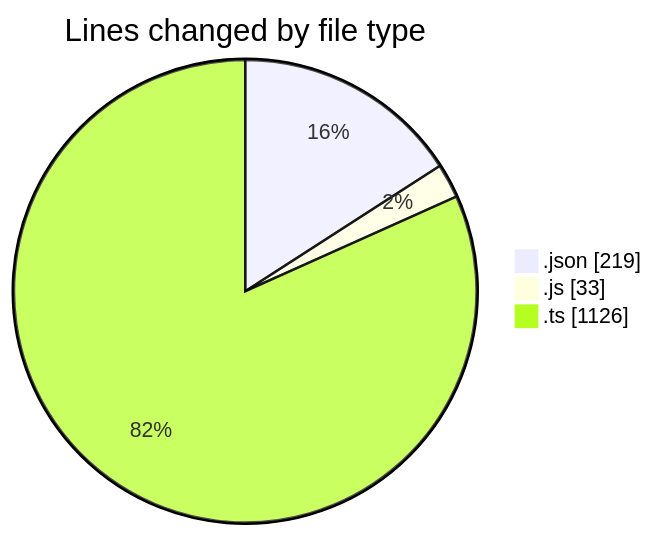
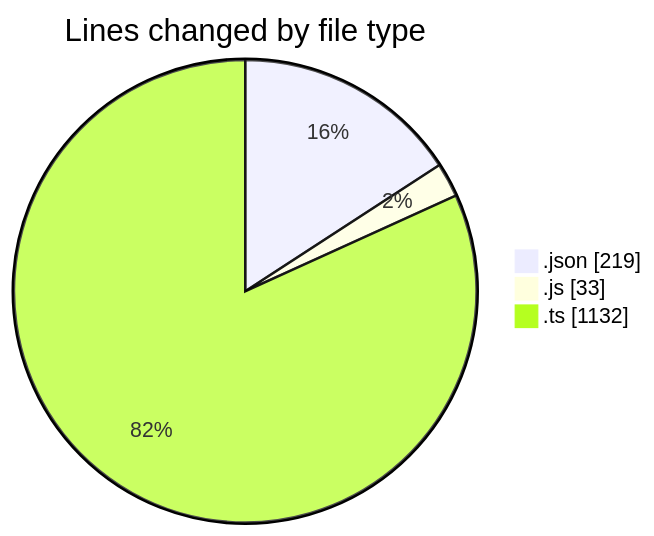
The first of 2 diagrams in 2026-05-27/cda/README.md (momahboobian/code-tracking), drawn with Mermaid before and after one commit. The commit also changed other lines of this file and 1 other file, not shown here.

````diff
--- a/2026-05-27/cda/README.md
+++ b/2026-05-27/cda/README.md
@@ -27,7 +27,7 @@
 ```mermaid
 pie showData
 title Lines changed by file type
 ".json" : 219
 ".js" : 33
-".ts" : 1126
+".ts" : 1132
 ```
````
